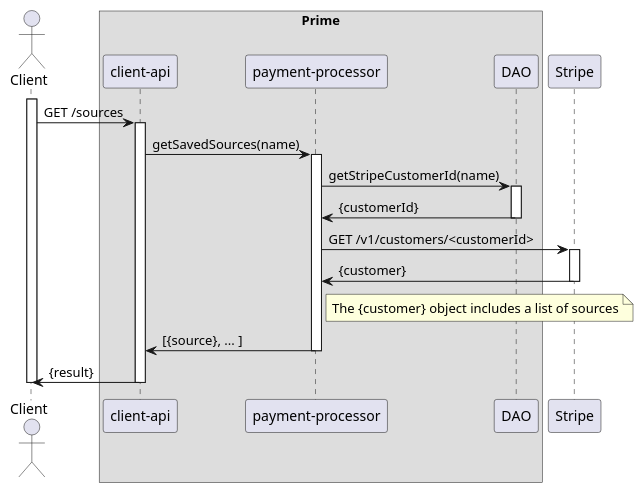
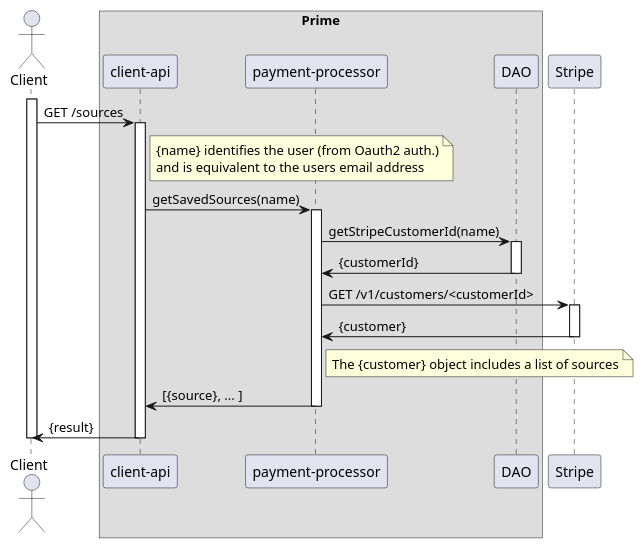
The diagram in payment-processor/doc/puml/list-sources.puml (ostelco/ostelco-core), drawn with PlantUML before and after one commit. The commit also changed 3 other files, not shown here.

Commit message:
Adds flow diagrams for purchase with default source

```diff
--- a/payment-processor/doc/puml/list-sources.puml
+++ b/payment-processor/doc/puml/list-sources.puml
@@ -1,39 +1,43 @@
 @startuml
 
 actor Client
 participant Client
 
 box "Prime"
     participant "client-api"
     participant "payment-processor"
     participant "DAO"
 end box
 participant Stripe
 
 activate Client
     Client -> "client-api": GET /sources
     activate "client-api"
+    note right of "client-api"
+       {name} identifies the user (from Oauth2 auth.)
+       and is equivalent to the users email address
+    end note
 
     "client-api" -> "payment-processor" : getSavedSources(name)
     activate "payment-processor"
 
     "payment-processor" -> DAO : getStripeCustomerId(name)
     activate DAO
     DAO -> "payment-processor" : {customerId}
     deactivate DAO
 
     "payment-processor" -> Stripe : GET /v1/customers/<customerId>
     activate Stripe
     Stripe -> "payment-processor" : {customer}
     deactivate Stripe
     note right of "payment-processor" : The {customer} object includes a list of sources
 
     "payment-processor" -> "client-api" :  [{source}, ... ]
     deactivate "payment-processor"
 
     "client-api" -> Client : {result}
     deactivate "client-api"
 
 deactivate Client
 
 @enduml
```
